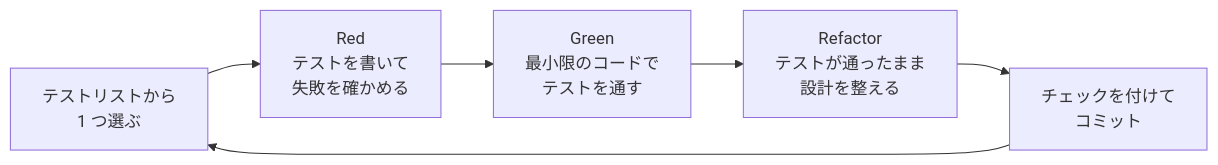
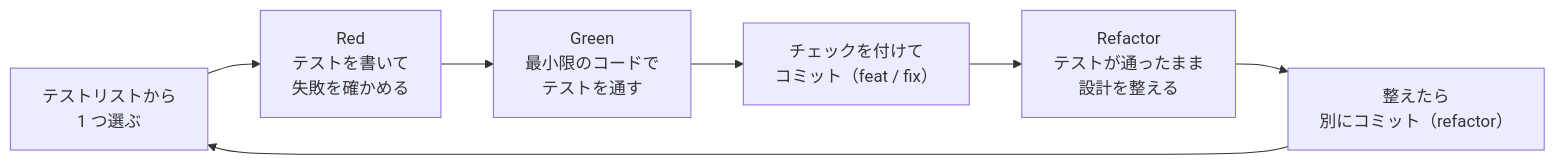
Before and after one commit to kotonara-tech/github-and-cli-tutorials: the diagram in docs/claude-code/06-tdd.md, drawn with Mermaid. The commit also changed other lines of this file and 4 other files, not shown here.

````diff
--- a/docs/claude-code/06-tdd.md
+++ b/docs/claude-code/06-tdd.md
@@ -32,8 +32,9 @@
 ```mermaid
 flowchart LR
   L["テストリストから<br>1 つ選ぶ"] --> R["Red<br>テストを書いて<br>失敗を確かめる"]
   R --> G["Green<br>最小限のコードで<br>テストを通す"]
-  G --> F["Refactor<br>テストが通ったまま<br>設計を整える"]
-  F --> C["チェックを付けて<br>コミット"]
-  C --> L
+  G --> C["チェックを付けて<br>コミット（feat / fix）"]
+  C --> F["Refactor<br>テストが通ったまま<br>設計を整える"]
+  F --> RC["整えたら<br>別にコミット（refactor）"]
+  RC --> L
 ```
````
